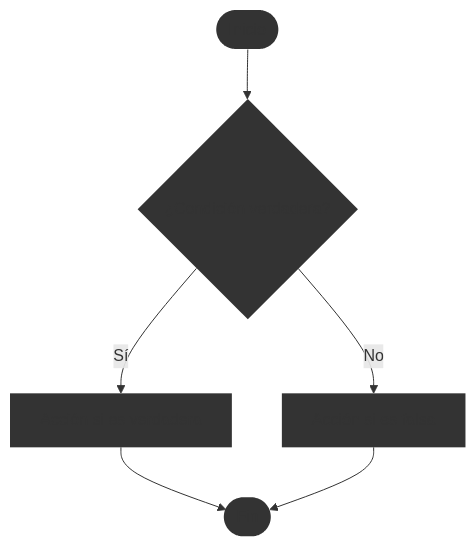
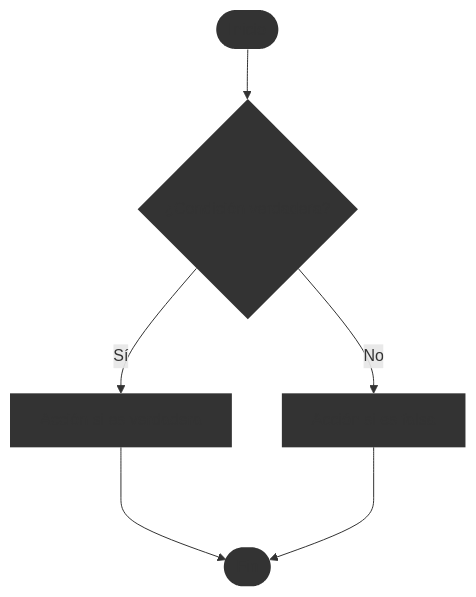
Before and after one commit to IPIDBOSCO/programming-guide: the first of 2 diagrams in docs/flow-chart/statement.md, drawn with Mermaid. The commit also changed 10 other files, not shown here.

````diff
--- a/docs/flow-chart/statement.md
+++ b/docs/flow-chart/statement.md
@@ -9,22 +9,22 @@
 ```mermaid
 flowchart TD
   A([Inicio])
   B{¿Condición verdadera?}
   C[Acción si es verdadera]
   D[Acción si es falsa]
   E([Fin])
 
   A --> B
   B -- Sí --> C
   B -- No --> D
-  C --> E
-  D --> E
+  C ---> E
+  D ---> E
 
   classDef start-end fill: inherit,stroke:inherit,stroke-width:inherit;
   classDef process fill: inherit,stroke:inherit,stroke-width:inherit;
   classDef decision fill:inherit,stroke:inherit,stroke-width:inherit;
 
   class B decision
   class C,D process
   class A,E start-end
 ```
````
